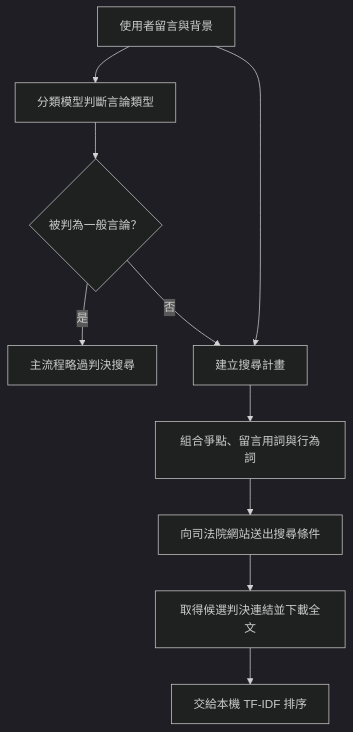
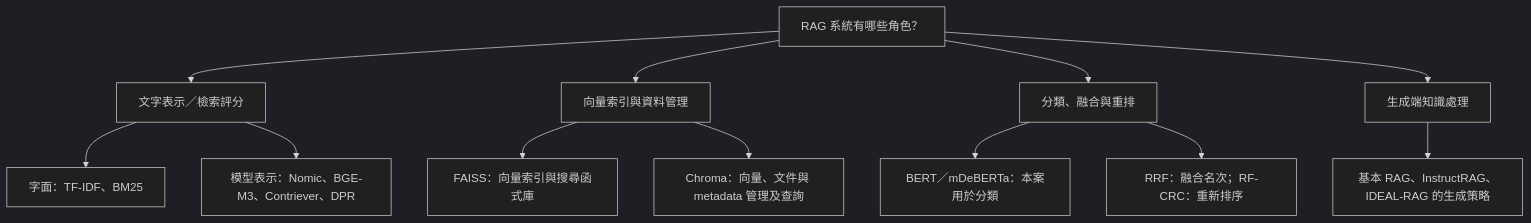
Before and after one commit to OohelloworldoO/Paper-Reading-Notes: the first of 6 diagrams in 2026/1012-TF-IDF/README.md, drawn with Mermaid (dark theme). The commit also changed other lines of this file and 1 other file, not shown here.

````diff
--- a/2026/1012-TF-IDF/README.md
+++ b/2026/1012-TF-IDF/README.md
@@ -26,12 +5,14 @@
 ```mermaid
 flowchart TD
-    A["使用者留言與背景"] --> B["分類模型判斷言論類型"]
-    B --> C{"被判為一般言論？"}
-    C -->|是| X["主流程略過判決搜尋"]
-    C -->|否| D["建立搜尋計畫"]
-    A --> D
-    D --> E["組合爭點、留言用詞與行為詞"]
-    E --> F["向司法院網站送出搜尋條件"]
-    F --> G["取得候選判決連結並下載全文"]
-    G --> H["交給本機 TF-IDF 排序"]
+    ROOT["RAG 系統有哪些角色？"] --> A["文字表示／檢索評分"]
+    ROOT --> B["向量索引與資料管理"]
+    ROOT --> C["分類、融合與重排"]
+    ROOT --> D["生成端知識處理"]
+    A --> A1["字面：TF-IDF、BM25"]
+    A --> A2["模型表示：Nomic、BGE-M3、Contriever、DPR"]
+    B --> B1["FAISS：向量索引與搜尋函式庫"]
+    B --> B2["Chroma：向量、文件與 metadata 管理及查詢"]
+    C --> C1["BERT／mDeBERTa：本案用於分類"]
+    C --> C2["RRF：融合名次；RF-CRC：重新排序"]
+    D --> D1["基本 RAG、InstructRAG、IDEAL-RAG 的生成策略"]
 ```
````
